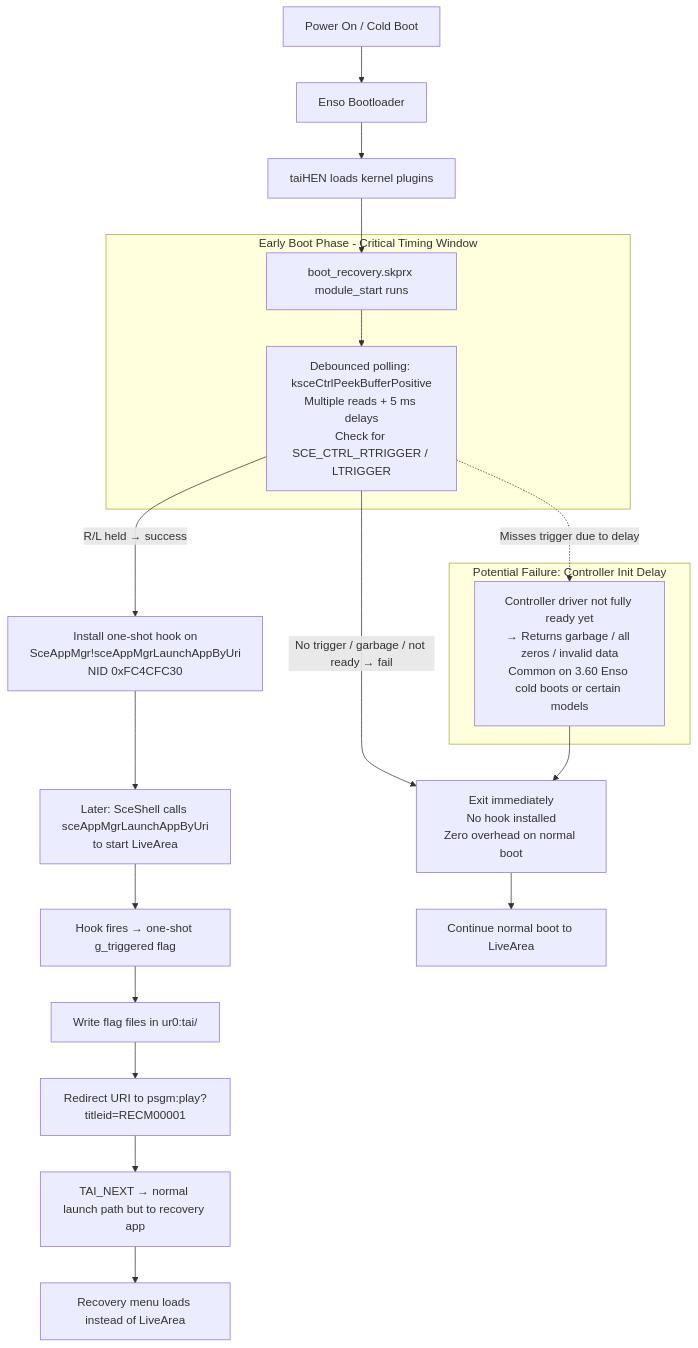
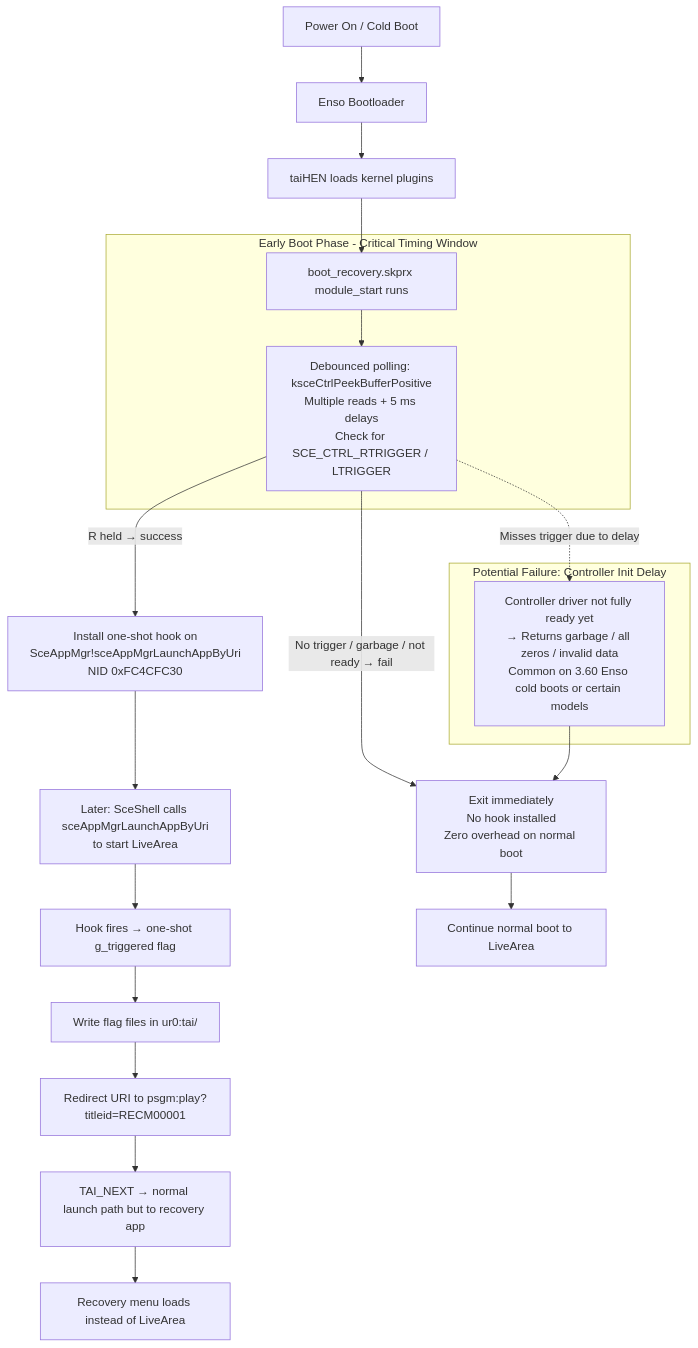
One commit to DrinkingSubset/PS-Vita-Recovery-Menu-Project changed the diagram in README.md. Above: the diagram before and after it, drawn with Mermaid.

````diff
--- a/README.md
+++ b/README.md
@@ -128,29 +128,29 @@
 ```mermaid
 flowchart TD
     A[Power On / Cold Boot] --> B[Enso Bootloader]
     B --> C[taiHEN loads kernel plugins]
     C --> D[boot_recovery.skprx module_start runs]
 
     subgraph "Early Boot Phase - Critical Timing Window"
     D --> E["Debounced polling: ksceCtrlPeekBufferPositive\nMultiple reads + 5 ms delays\nCheck for SCE_CTRL_RTRIGGER / LTRIGGER"]
     end
 
-    E -->|R/L held → success| F["Install one-shot hook on\nSceAppMgr!sceAppMgrLaunchAppByUri\nNID 0xFC4CFC30"]
+    E -->|R held → success| F["Install one-shot hook on\nSceAppMgr!sceAppMgrLaunchAppByUri\nNID 0xFC4CFC30"]
     E -->|No trigger / garbage / not ready → fail| G["Exit immediately\nNo hook installed\nZero overhead on normal boot"]
 
     subgraph "Potential Failure: Controller Init Delay"
     H["Controller driver not fully ready yet\n→ Returns garbage / all zeros / invalid data\nCommon on 3.60 Enso cold boots or certain models"]
     end
 
     E -.->|Misses trigger due to delay| H
     H --> G
 
     F --> I["Later: SceShell calls sceAppMgrLaunchAppByUri\nto start LiveArea"]
     I --> J[Hook fires → one-shot g_triggered flag]
     J --> K[Write flag files in ur0:tai/]
     K --> L[Redirect URI to psgm:play?titleid=RECM00001]
     L --> M[TAI_NEXT → normal launch path but to recovery app]
     M --> N[Recovery menu loads instead of LiveArea]
 
     G --> O[Continue normal boot to LiveArea]
 ```
````
